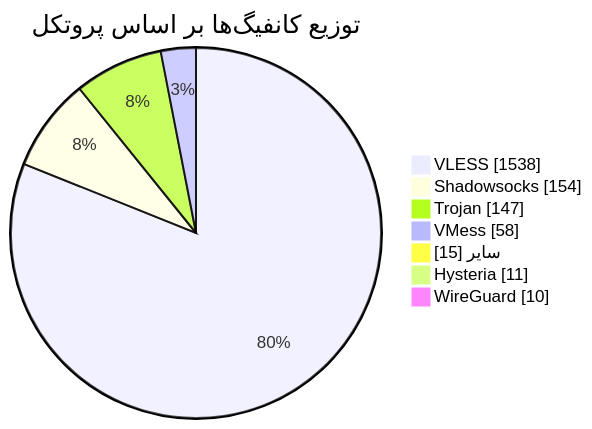
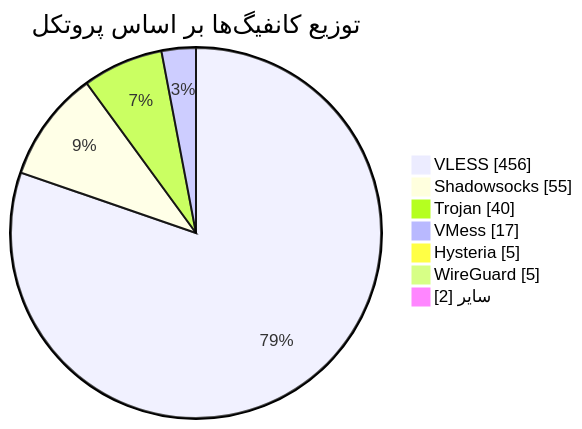
Before and after one commit to Arian-Alijani/Somthing: the diagram in README.md, drawn with Mermaid. The commit also changed other lines of this file and 21 other files, not shown here.

````diff
--- a/README.md
+++ b/README.md
@@ -49,11 +49,11 @@
 ```mermaid
 pie showData
     title توزیع کانفیگ‌ها بر اساس پروتکل
-    "VLESS" : 1538
-    "Shadowsocks" : 154
-    "Trojan" : 147
-    "VMess" : 58
-    "سایر" : 15
-    "Hysteria" : 11
-    "WireGuard" : 10
+    "VLESS" : 456
+    "Shadowsocks" : 55
+    "Trojan" : 40
+    "VMess" : 17
+    "Hysteria" : 5
+    "WireGuard" : 5
+    "سایر" : 2
 ```
````
